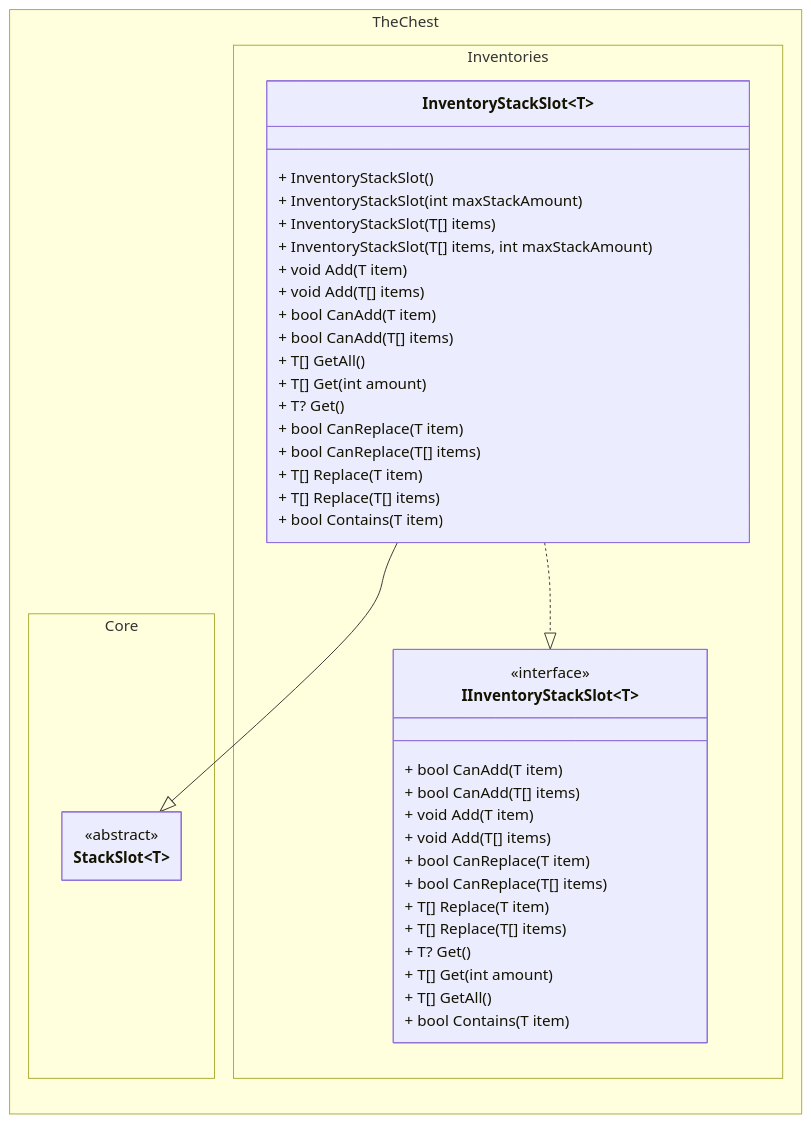
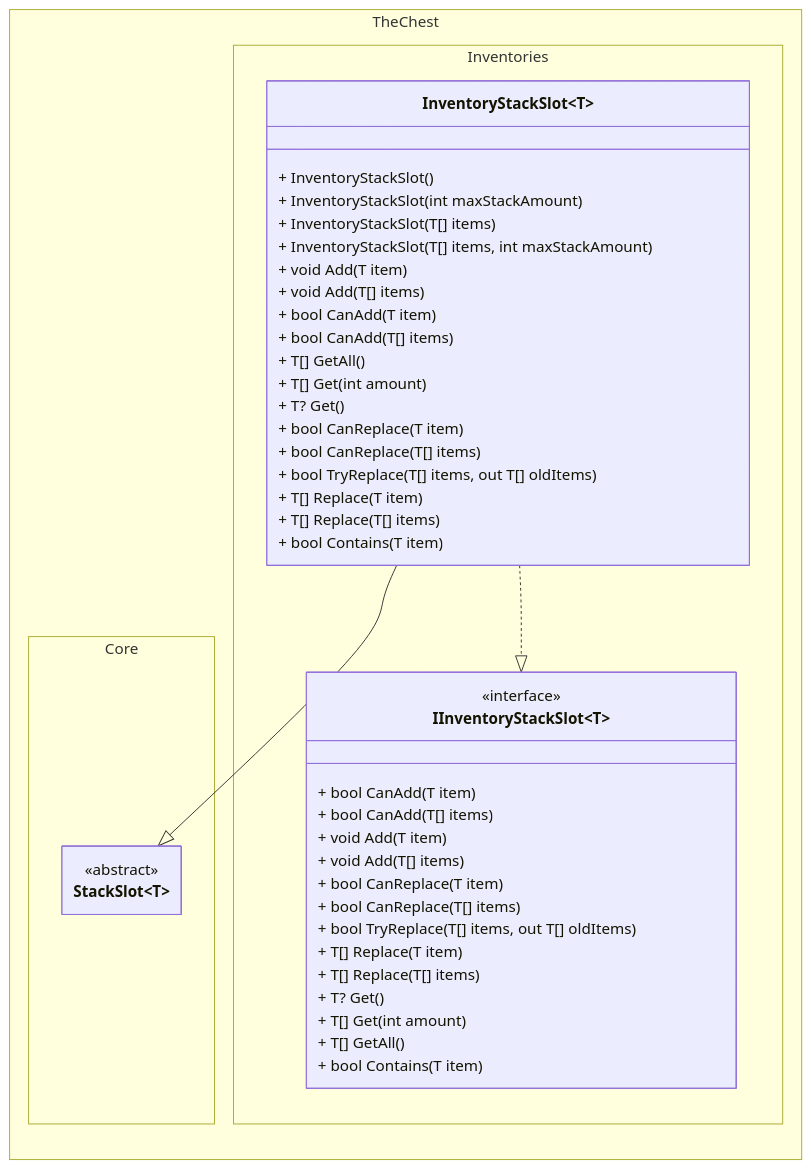
The second of 2 diagrams in docs/stack_inventory/class_diagram.md (The-Chest/TheChest.Inventories), drawn with Mermaid before and after one commit. The commit also changed other lines of this file and 7 other files, not shown here.

First line of the commit message:
Adds TryReplace to Stack Inventory

````diff
--- a/docs/stack_inventory/class_diagram.md
+++ b/docs/stack_inventory/class_diagram.md
@@ -132,65 +135,66 @@
 ```mermaid
 ---
 config:
   theme: mc
   look: classic
   class:
     hideEmptyMembersBox: true
 ---
 classDiagram
 direction BT
 
 namespace TheChest.Core {
     class StackSlot~T~ {
     }
 }
 <<abstract>> StackSlot
 
 namespace TheChest.Inventories {
     class IInventoryStackSlot~T~ {
         + bool CanAdd(T item)
         + bool CanAdd(T[] items)
         + void Add(T item)
         + void Add(T[] items)
 
         + bool CanReplace(T item)
         + bool CanReplace(T[] items)
-
+        + bool TryReplace(T[] items, out T[] oldItems)
         + T[] Replace(T item)
         + T[] Replace(T[] items)
 
         + T? Get()
         + T[] Get(int amount)
         + T[] GetAll()
 
         + bool Contains(T item)
     }
 
     class InventoryStackSlot~T~ {
         + InventoryStackSlot()
         + InventoryStackSlot(int maxStackAmount)
         + InventoryStackSlot(T[] items)
         + InventoryStackSlot(T[] items, int maxStackAmount)
         
         + void Add(T item)
         + void Add(T[] items)
         + bool CanAdd(T item)
         + bool CanAdd(T[] items)
         
         + T[] GetAll()
         + T[] Get(int amount)
         + T? Get()
         
         + bool CanReplace(T item)
         + bool CanReplace(T[] items)
+        + bool TryReplace(T[] items, out T[] oldItems)
         + T[] Replace(T item)
         + T[] Replace(T[] items)
         
         + bool Contains(T item)
     }
 }
 
 <<interface>> IInventoryStackSlot
 InventoryStackSlot~T~ --|>  StackSlot~T~
 InventoryStackSlot~T~ ..|> IInventoryStackSlot~T~ 
 ```
````
